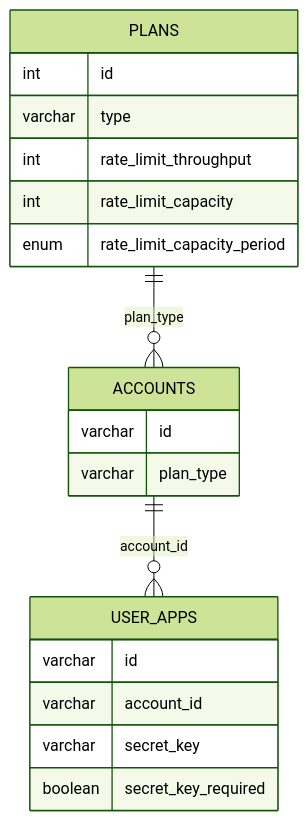
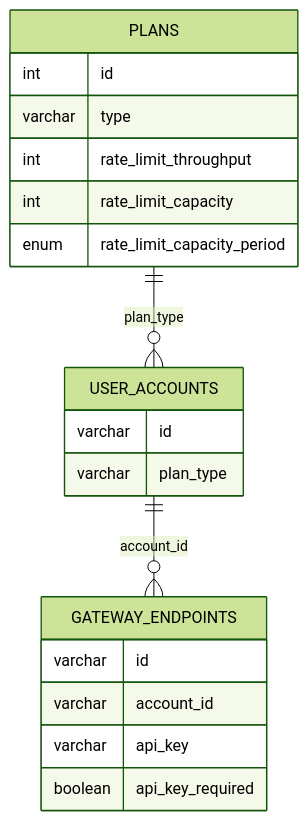
The diagram in README.md (buildwithgrove/path), drawn with Mermaid (forest theme) before and after one commit. The commit also changed other lines of this file and 5 other files, not shown here.

````diff
--- a/README.md
+++ b/README.md
@@ -240,25 +240,25 @@
 ```mermaid
 erDiagram
     PLANS {
         int id
         varchar type
         int rate_limit_throughput
         int rate_limit_capacity
         enum rate_limit_capacity_period
     }
 
-    ACCOUNTS {
+    USER_ACCOUNTS {
         varchar id
         varchar plan_type
     }
 
-    USER_APPS {
+    GATEWAY_ENDPOINTS {
         varchar id
         varchar account_id
-        varchar secret_key
-        boolean secret_key_required
+        varchar api_key
+        boolean api_key_required
     }
 
-    PLANS ||--o{ ACCOUNTS : "plan_type"
-    ACCOUNTS ||--o{ USER_APPS : "account_id"
+    PLANS ||--o{ USER_ACCOUNTS : "plan_type"
+    USER_ACCOUNTS ||--o{ GATEWAY_ENDPOINTS : "account_id"
 ```
````
